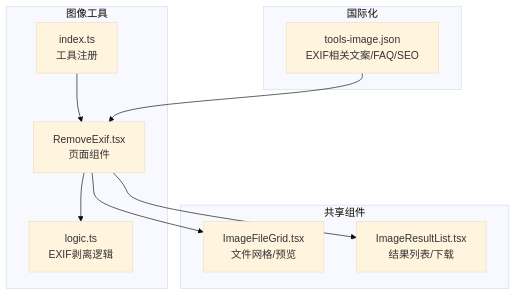
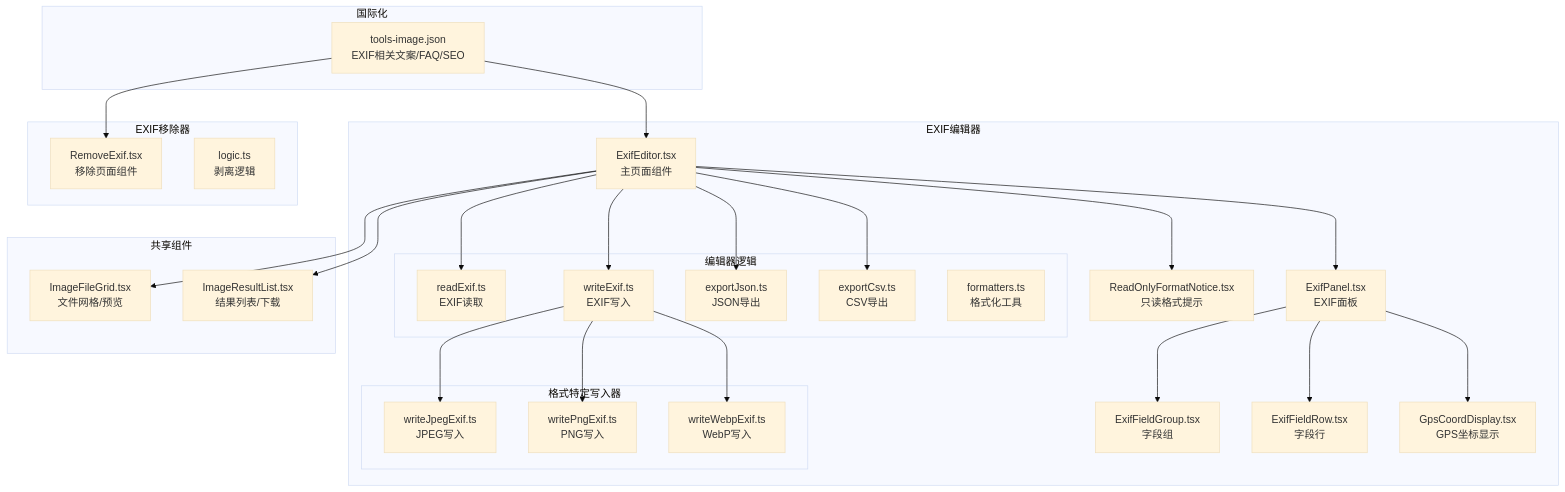
One commit to sgyy/privadeck changed the first of 6 diagrams in .qoder/repowiki/zh/content/图像工具/EXIF管理.md. Above: the diagram before and after it, drawn with Mermaid (base theme). The commit also changed other lines of this file and 3 other files, not shown here.

First line of the commit message:
feat(exif-editor): 新增完整EXIF编辑器功能及多语言支持

````diff
--- a/.qoder/repowiki/zh/content/图像工具/EXIF管理.md
+++ b/.qoder/repowiki/zh/content/图像工具/EXIF管理.md
@@ -46,20 +76,50 @@
 ```mermaid
 graph TB
-subgraph "图像工具"
-RE["RemoveExif.tsx<br/>页面组件"]
-LG["logic.ts<br/>EXIF剥离逻辑"]
-IDX["index.ts<br/>工具注册"]
+subgraph "EXIF编辑器"
+EE["ExifEditor.tsx<br/>主页面组件"]
+RP["ReadOnlyFormatNotice.tsx<br/>只读格式提示"]
+EP["ExifPanel.tsx<br/>EXIF面板"]
+EFG["ExifFieldGroup.tsx<br/>字段组"]
+EFR["ExifFieldRow.tsx<br/>字段行"]
+GCD["GpsCoordDisplay.tsx<br/>GPS坐标显示"]
+subgraph "编辑器逻辑"
+RE["readExif.ts<br/>EXIF读取"]
+WE["writeExif.ts<br/>EXIF写入"]
+EJ["exportJson.ts<br/>JSON导出"]
+EC["exportCsv.ts<br/>CSV导出"]
+WF["formatters.ts<br/>格式化工具"]
+end
+subgraph "格式特定写入器"
+WJ["writeJpegExif.ts<br/>JPEG写入"]
+WP["writePngExif.ts<br/>PNG写入"]
+WW["writeWebpExif.ts<br/>WebP写入"]
+end
+end
+subgraph "EXIF移除器"
+RE2["RemoveExif.tsx<br/>移除页面组件"]
+LG2["logic.ts<br/>剥离逻辑"]
 end
 subgraph "共享组件"
 IFG["ImageFileGrid.tsx<br/>文件网格/预览"]
 IRL["ImageResultList.tsx<br/>结果列表/下载"]
 end
 subgraph "国际化"
 MSG["tools-image.json<br/>EXIF相关文案/FAQ/SEO"]
 end
-RE --> IFG
-RE --> IRL
-RE --> LG
-IDX --> RE
-MSG --> RE
+EE --> RP
+EE --> EP
+EP --> EFG
+EP --> EFR
+EP --> GCD
+EE --> RE
+EE --> WE
+EE --> EJ
+EE --> EC
+WE --> WJ
+WE --> WP
+WE --> WW
+EE --> IFG
+EE --> IRL
+MSG --> EE
+MSG --> RE2
 ```
````
